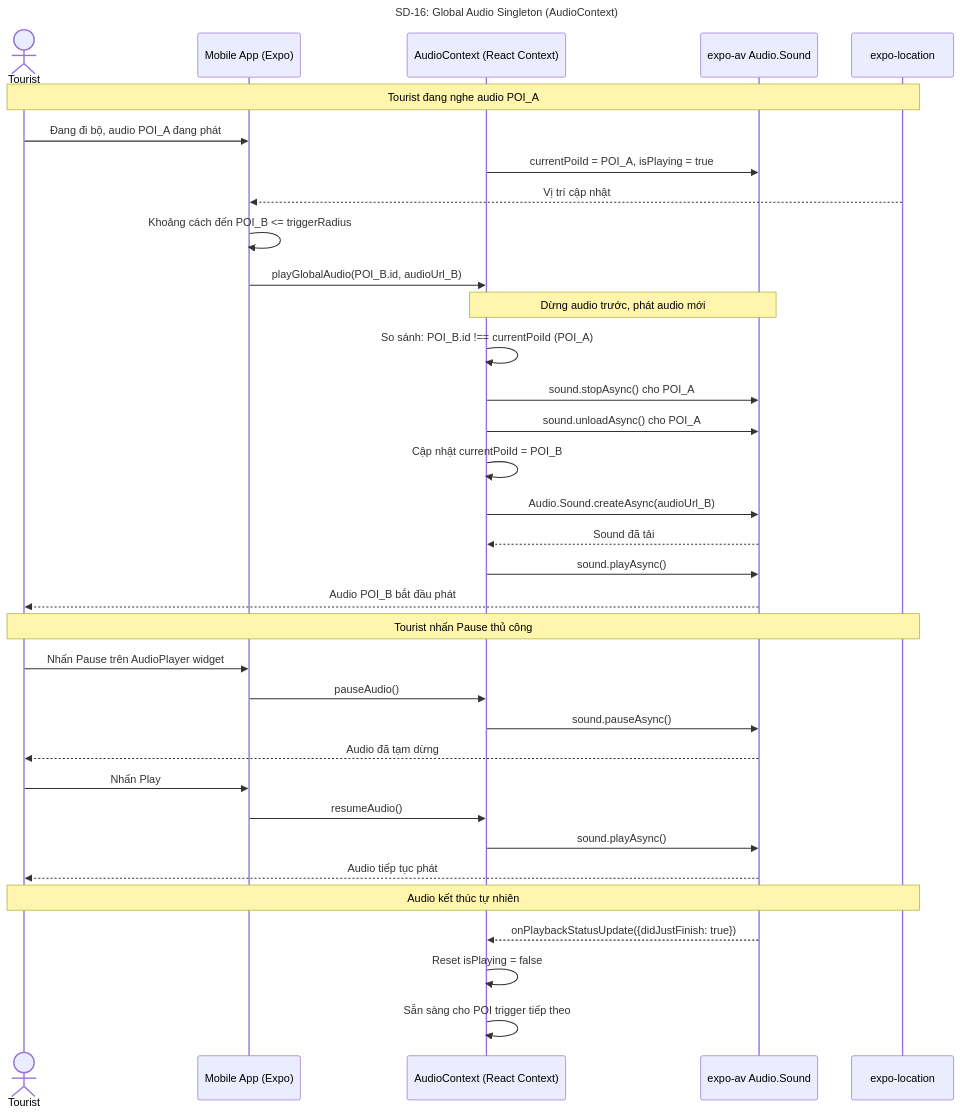
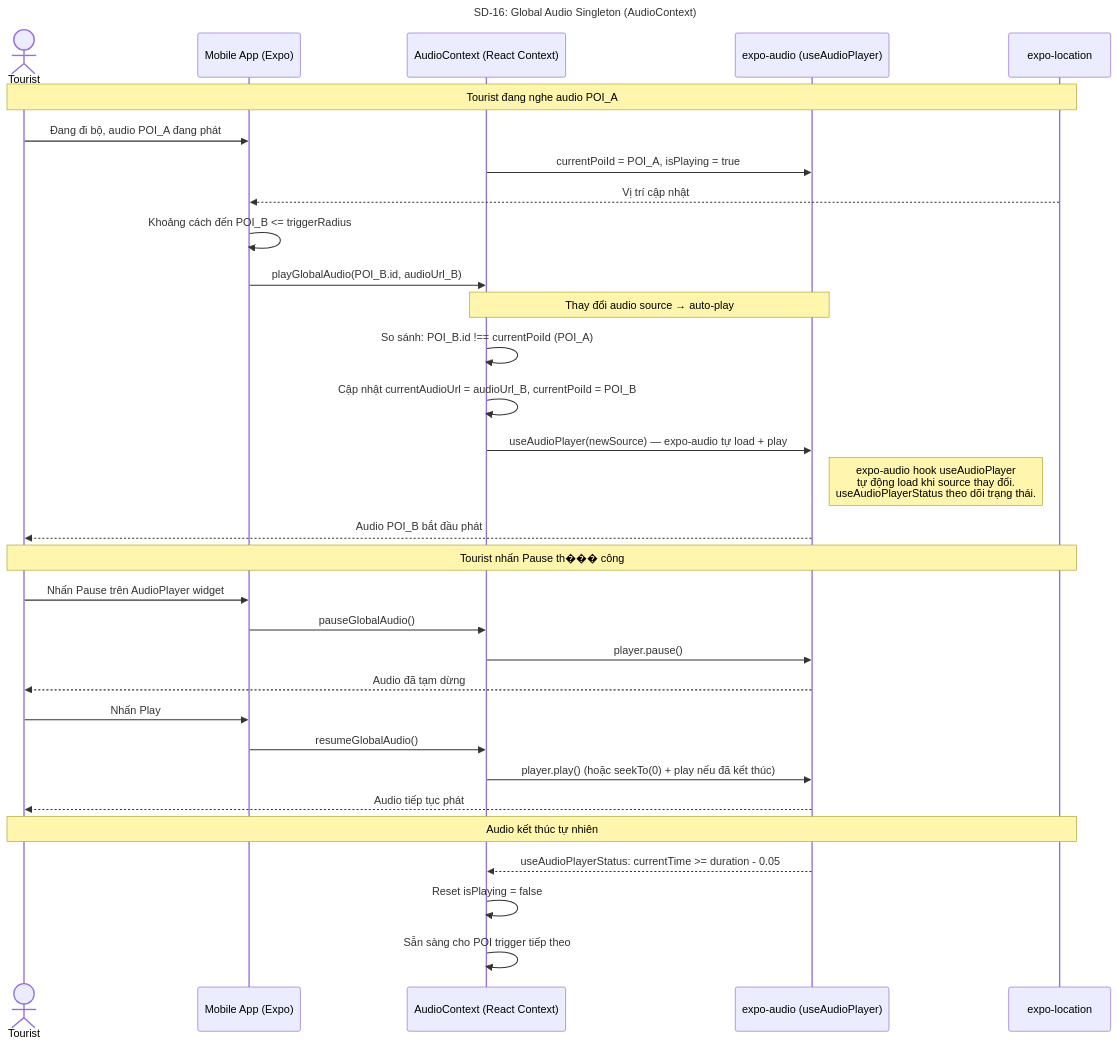
Diagram 16 of 28 in docs/step3_prd/15_sequence_diagrams.md (Ttuandatt/Seminar), drawn with Mermaid before and after one commit. The commit also changed other lines of this file, not shown here.

First line of the commit message:
docs: sync 8 sequence diagrams with codebase (v4.1 → v4.2)

````diff
--- a/docs/step3_prd/15_sequence_diagrams.md
+++ b/docs/step3_prd/15_sequence_diagrams.md
@@ -922,43 +923,40 @@
 ```mermaid
 sequenceDiagram
     title SD-16: Global Audio Singleton (AudioContext)
     actor Tourist
     participant App as Mobile App (Expo)
     participant Ctx as AudioContext (React Context)
-    participant Player as expo-av Audio.Sound
+    participant Player as expo-audio (useAudioPlayer)
     participant GPS as expo-location
 
     Note over Tourist, GPS: Tourist đang nghe audio POI_A
     Tourist->>App: Đang đi bộ, audio POI_A đang phát
     Ctx->>Player: currentPoiId = POI_A, isPlaying = true
 
     GPS-->>App: Vị trí cập nhật
     App->>App: Khoảng cách đến POI_B <= triggerRadius
     App->>Ctx: playGlobalAudio(POI_B.id, audioUrl_B)
 
-    Note over Ctx, Player: Dừng audio trước, phát audio mới
+    Note over Ctx, Player: Thay đổi audio source → auto-play
     Ctx->>Ctx: So sánh: POI_B.id !== currentPoiId (POI_A)
-    Ctx->>Player: sound.stopAsync() cho POI_A
-    Ctx->>Player: sound.unloadAsync() cho POI_A
-    Ctx->>Ctx: Cập nhật currentPoiId = POI_B
-    Ctx->>Player: Audio.Sound.createAsync(audioUrl_B)
-    Player-->>Ctx: Sound đã tải
-    Ctx->>Player: sound.playAsync()
+    Ctx->>Ctx: Cập nhật currentAudioUrl = audioUrl_B, currentPoiId = POI_B
+    Ctx->>Player: useAudioPlayer(newSource) — expo-audio tự load + play
+    Note right of Player: expo-audio hook useAudioPlayer<br/>tự động load khi source thay đổi.<br/>useAudioPlayerStatus theo dõi trạng thái.
     Player-->>Tourist: Audio POI_B bắt đầu phát
 
-    Note over Tourist, GPS: Tourist nhấn Pause thủ công
+    Note over Tourist, GPS: Tourist nhấn Pause th��� công
     Tourist->>App: Nhấn Pause trên AudioPlayer widget
-    App->>Ctx: pauseAudio()
-    Ctx->>Player: sound.pauseAsync()
+    App->>Ctx: pauseGlobalAudio()
+    Ctx->>Player: player.pause()
     Player-->>Tourist: Audio đã tạm dừng
 
     Tourist->>App: Nhấn Play
-    App->>Ctx: resumeAudio()
-    Ctx->>Player: sound.playAsync()
+    App->>Ctx: resumeGlobalAudio()
+    Ctx->>Player: player.play() (hoặc seekTo(0) + play nếu đã kết thúc)
     Player-->>Tourist: Audio tiếp tục phát
 
     Note over Tourist, GPS: Audio kết thúc tự nhiên
-    Player-->>Ctx: onPlaybackStatusUpdate({didJustFinish: true})
+    Player-->>Ctx: useAudioPlayerStatus: currentTime >= duration - 0.05
     Ctx->>Ctx: Reset isPlaying = false
     Ctx->>Ctx: Sẵn sàng cho POI trigger tiếp theo
 ```
````
